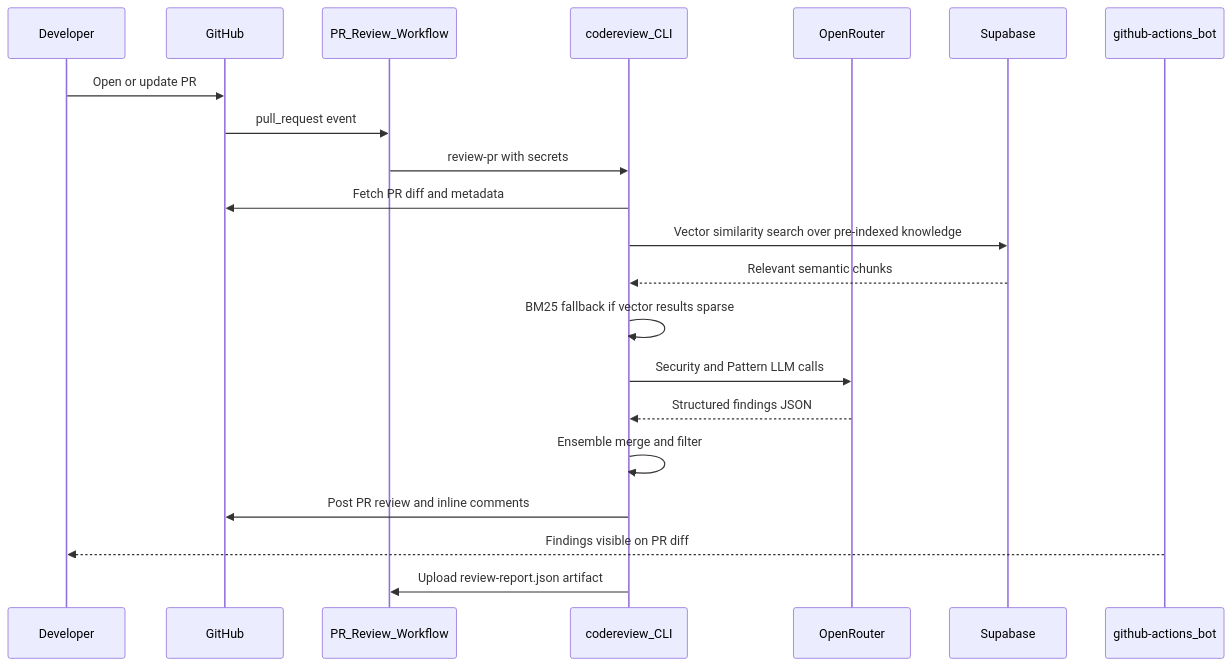
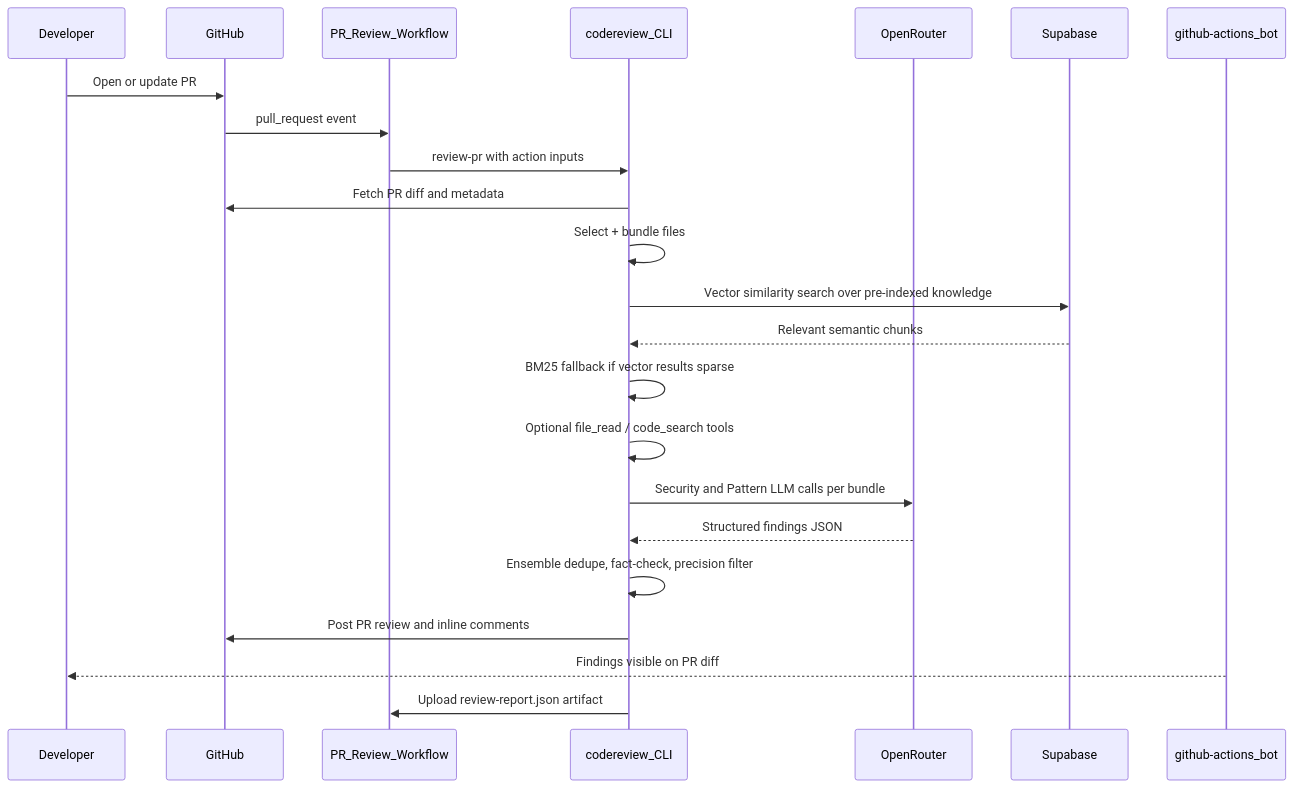
The seventh of 7 diagrams in README.md (cipheraxat/codereviewer_agent), drawn with Mermaid before and after one commit. The commit also changed other lines of this file, not shown here.

First line of the commit message:
docs: document v0.5.2 OCR harness and architecture.

````diff
--- a/README.md
+++ b/README.md
@@ -297,24 +354,26 @@
 ```mermaid
 sequenceDiagram
   participant Dev as Developer
   participant GH as GitHub
   participant WF as PR_Review_Workflow
   participant CR as codereview_CLI
   participant OR as OpenRouter
   participant SB as Supabase
   participant Bot as github-actions_bot
 
   Dev->>GH: Open or update PR
   GH->>WF: pull_request event
-  WF->>CR: review-pr with secrets
+  WF->>CR: review-pr with action inputs
   CR->>GH: Fetch PR diff and metadata
+  CR->>CR: Select + bundle files
   CR->>SB: Vector similarity search over pre-indexed knowledge
   SB-->>CR: Relevant semantic chunks
   CR->>CR: BM25 fallback if vector results sparse
-  CR->>OR: Security and Pattern LLM calls
+  CR->>CR: Optional file_read / code_search tools
+  CR->>OR: Security and Pattern LLM calls per bundle
   OR-->>CR: Structured findings JSON
-  CR->>CR: Ensemble merge and filter
+  CR->>CR: Ensemble dedupe, fact-check, precision filter
   CR->>GH: Post PR review and inline comments
   Bot-->>Dev: Findings visible on PR diff
   CR->>WF: Upload review-report.json artifact
 ```
````
